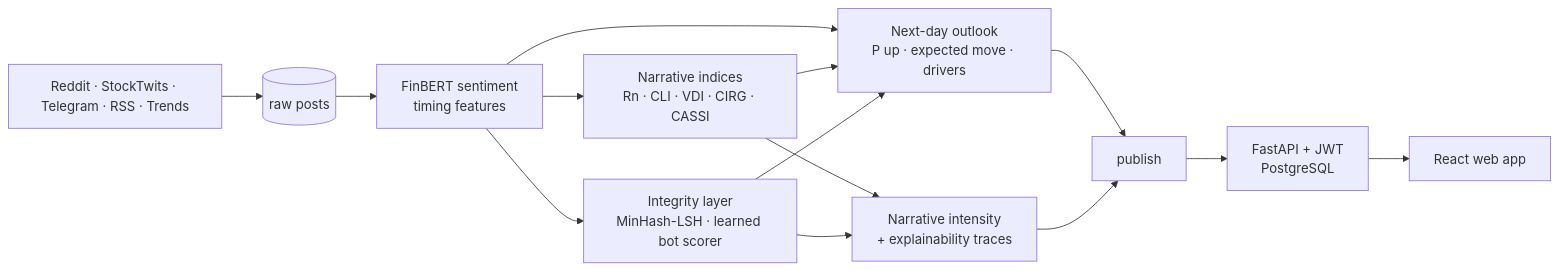
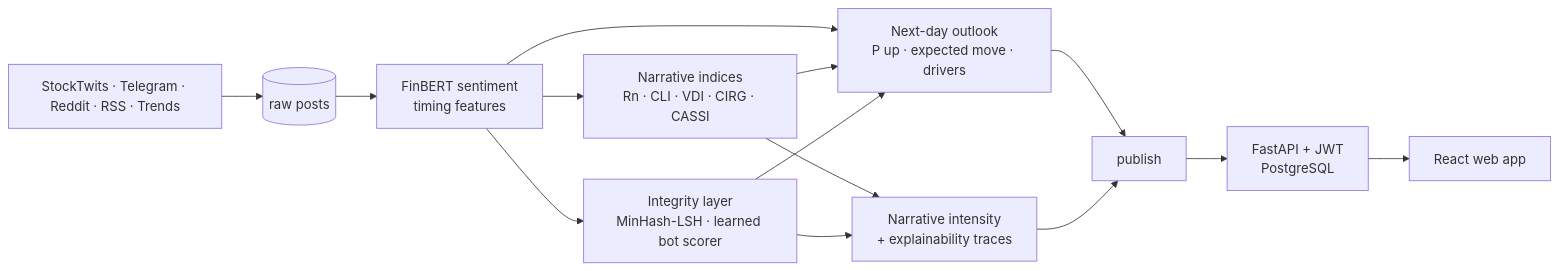
One commit to GeoJeffrey/diverge changed the diagram in README.md. Above: the diagram before and after it, drawn with Mermaid. The commit also changed other lines of this file, not shown here.

````diff
--- a/README.md
+++ b/README.md
@@ -82,11 +82,11 @@
 ```mermaid
 flowchart LR
-    A[Reddit · StockTwits · Telegram · RSS · Trends] --> B[(raw posts)]
+    A[StockTwits · Telegram · Reddit · RSS · Trends] --> B[(raw posts)]
     B --> C[FinBERT sentiment<br/>timing features]
     C --> D[Narrative indices<br/>Rn · CLI · VDI · CIRG · CASSI]
     C --> E[Integrity layer<br/>MinHash-LSH · learned bot scorer]
     C & D & E --> O[Next-day outlook<br/>P up · expected move · drivers]
     D & E --> F[Narrative intensity<br/>+ explainability traces]
     O & F --> P[publish] --> G[FastAPI + JWT<br/>PostgreSQL]
     G --> H[React web app]
 ```
````
